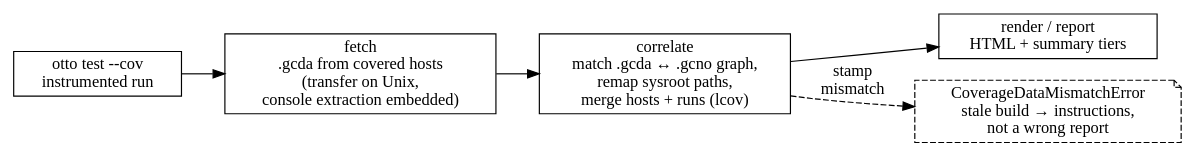
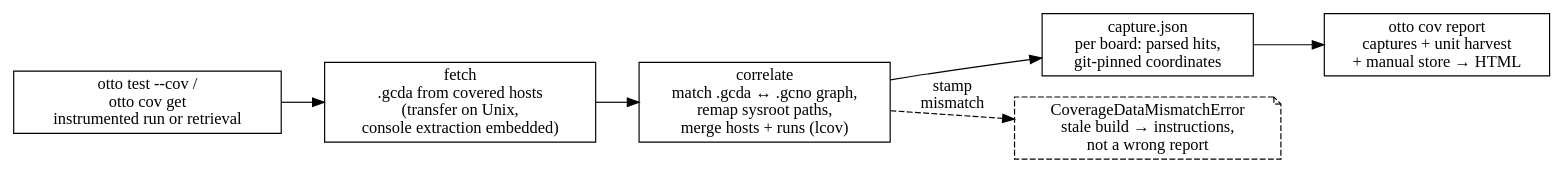
The diagram in docs/architecture/lifecycles/cov.md (ludachrish3/otto-sh), drawn with Graphviz before and after one commit. The commit also changed other lines of this file and 2 other files, not shown here.

First line of the commit message:
docs(cov): align guide/reference/architecture with the shipped pipeline

````diff
--- a/docs/architecture/lifecycles/cov.md
+++ b/docs/architecture/lifecycles/cov.md
@@ -18,15 +20,16 @@
 ```{graphviz}
 digraph coverage {
     rankdir=LR;
     node [shape=box];
 
-    test [label="otto test --cov\ninstrumented run"];
+    test [label="otto test --cov /\notto cov get\ninstrumented run or retrieval"];
     fetch [label="fetch\n.gcda from covered hosts\n(transfer on Unix,\nconsole extraction embedded)"];
     correlate [label="correlate\nmatch .gcda ↔ .gcno graph,\nremap sysroot paths,\nmerge hosts + runs (lcov)"];
-    render [label="render / report\nHTML + summary tiers"];
+    capture [label="capture.json\nper board: parsed hits,\ngit-pinned coordinates"];
+    render [label="otto cov report\ncaptures + unit harvest\n+ manual store → HTML"];
     err [label="CoverageDataMismatchError\nstale build → instructions,\nnot a wrong report", shape=note, style=dashed];
 
-    test -> fetch -> correlate -> render;
+    test -> fetch -> correlate -> capture -> render;
     correlate -> err [style=dashed, label=" stamp\nmismatch"];
 }
 ```
````
